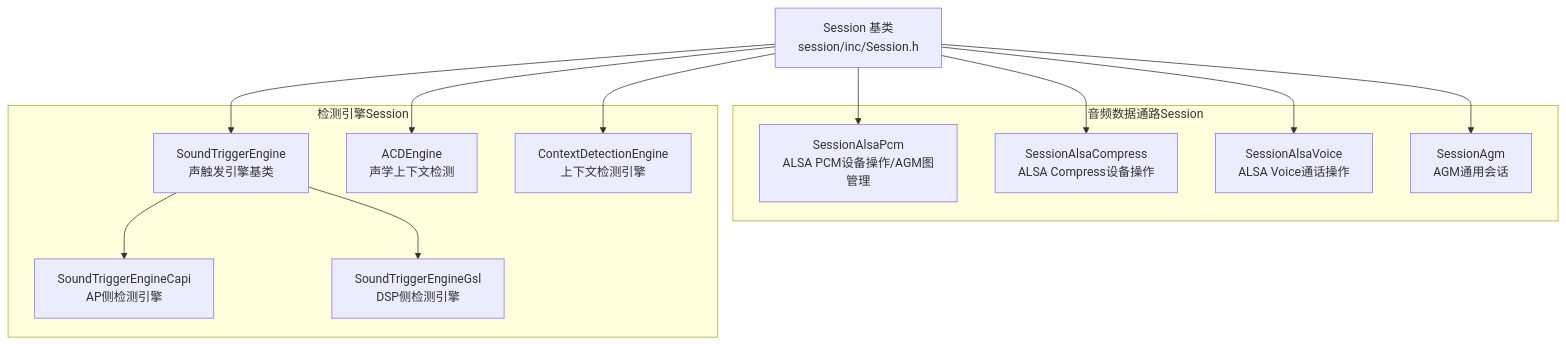
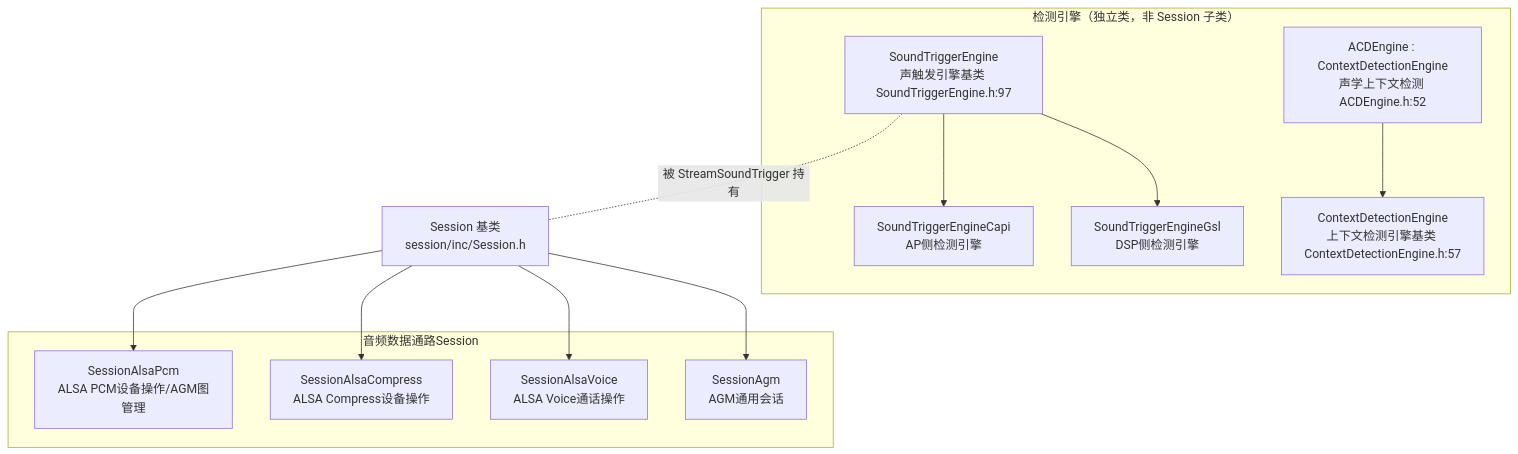
Before and after one commit to yanglinzhen1022/SA8295_AAOS_QNX_Audio_KnowledgeBase: the ninth of 20 diagrams in 15_PAL_Architecture/15_15.5_核心类层次图-Stream-Device-Session.md, drawn with Mermaid. The commit also changed other lines of this file and 6 other files, not shown here.

````diff
--- a/15_PAL_Architecture/15_15.5_核心类层次图-Stream-Device-Session.md
+++ b/15_PAL_Architecture/15_15.5_核心类层次图-Stream-Device-Session.md
@@ -961,29 +1002,28 @@
 ```mermaid
 graph TB
     Session[Session 基类<br/>session/inc/Session.h]
 
     subgraph AudioSession[音频数据通路Session]
         SessionAlsaPcm[SessionAlsaPcm<br/>ALSA PCM设备操作/AGM图管理]
         SessionAlsaCompress[SessionAlsaCompress<br/>ALSA Compress设备操作]
         SessionAlsaVoice[SessionAlsaVoice<br/>ALSA Voice通话操作]
         SessionAgm[SessionAgm<br/>AGM通用会话]
     end
 
-    subgraph DetectionEngine[检测引擎Session]
-        STEngine[SoundTriggerEngine<br/>声触发引擎基类]
+    subgraph DetectionEngine[检测引擎（独立类，非 Session 子类）]
+        STEngine[SoundTriggerEngine<br/>声触发引擎基类 SoundTriggerEngine.h:97]
         STEngineCapi[SoundTriggerEngineCapi<br/>AP侧检测引擎]
         STEngineGsl[SoundTriggerEngineGsl<br/>DSP侧检测引擎]
-        ACDEngine[ACDEngine<br/>声学上下文检测]
-        CtxEngine[ContextDetectionEngine<br/>上下文检测引擎]
+        ACDEngine[ACDEngine : ContextDetectionEngine<br/>声学上下文检测 ACDEngine.h:52]
+        CtxEngine[ContextDetectionEngine<br/>上下文检测引擎基类 ContextDetectionEngine.h:57]
     end
 
     Session --> SessionAlsaPcm
     Session --> SessionAlsaCompress
     Session --> SessionAlsaVoice
     Session --> SessionAgm
-    Session --> STEngine
+    STEngine -.被 StreamSoundTrigger 持有.- Session
     STEngine --> STEngineCapi
     STEngine --> STEngineGsl
-    Session --> ACDEngine
-    Session --> CtxEngine
+    ACDEngine --> CtxEngine
 ```
````
